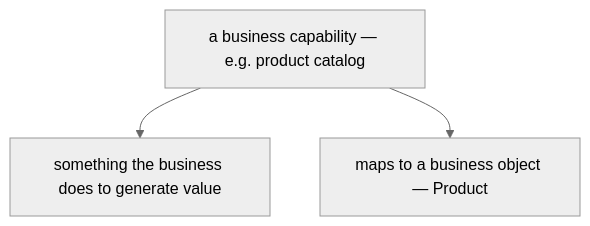
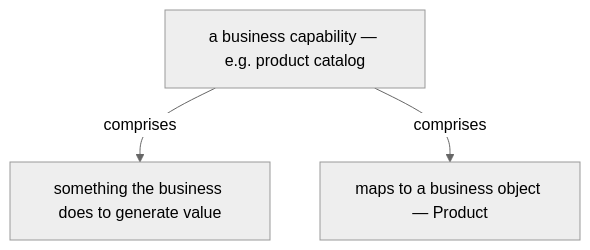
The fifth of 13 diagrams in docs/ch03-decompose-by-business-capability.md (vinayakuber/microservices-io-study-guide), drawn with Mermaid (neutral theme) before and after one commit. The commit also changed other lines of this file and 71 other files, not shown here.

First line of the commit message:
R18: label every diagram arrow with its meaning

````diff
--- a/docs/ch03-decompose-by-business-capability.md
+++ b/docs/ch03-decompose-by-business-capability.md
@@ -233,6 +233,6 @@
 ```mermaid
 flowchart TD
   R["a business capability — e.g. product catalog"]
-  R --> P0["something the business does to generate value"]
-  R --> P1["maps to a business object — Product"]
+  R -->|"comprises"| P0["something the business does to generate value"]
+  R -->|"comprises"| P1["maps to a business object — Product"]
 ```
````
